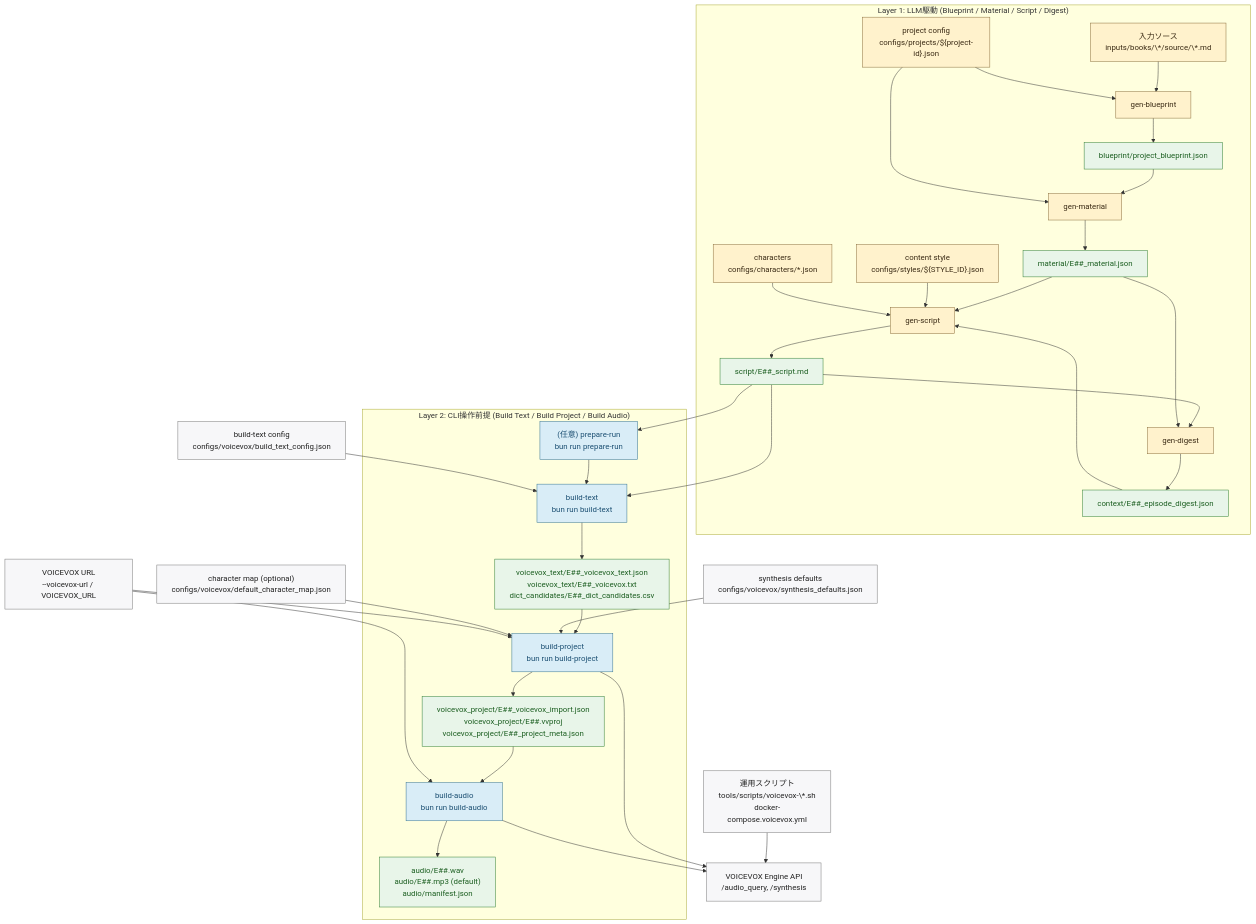
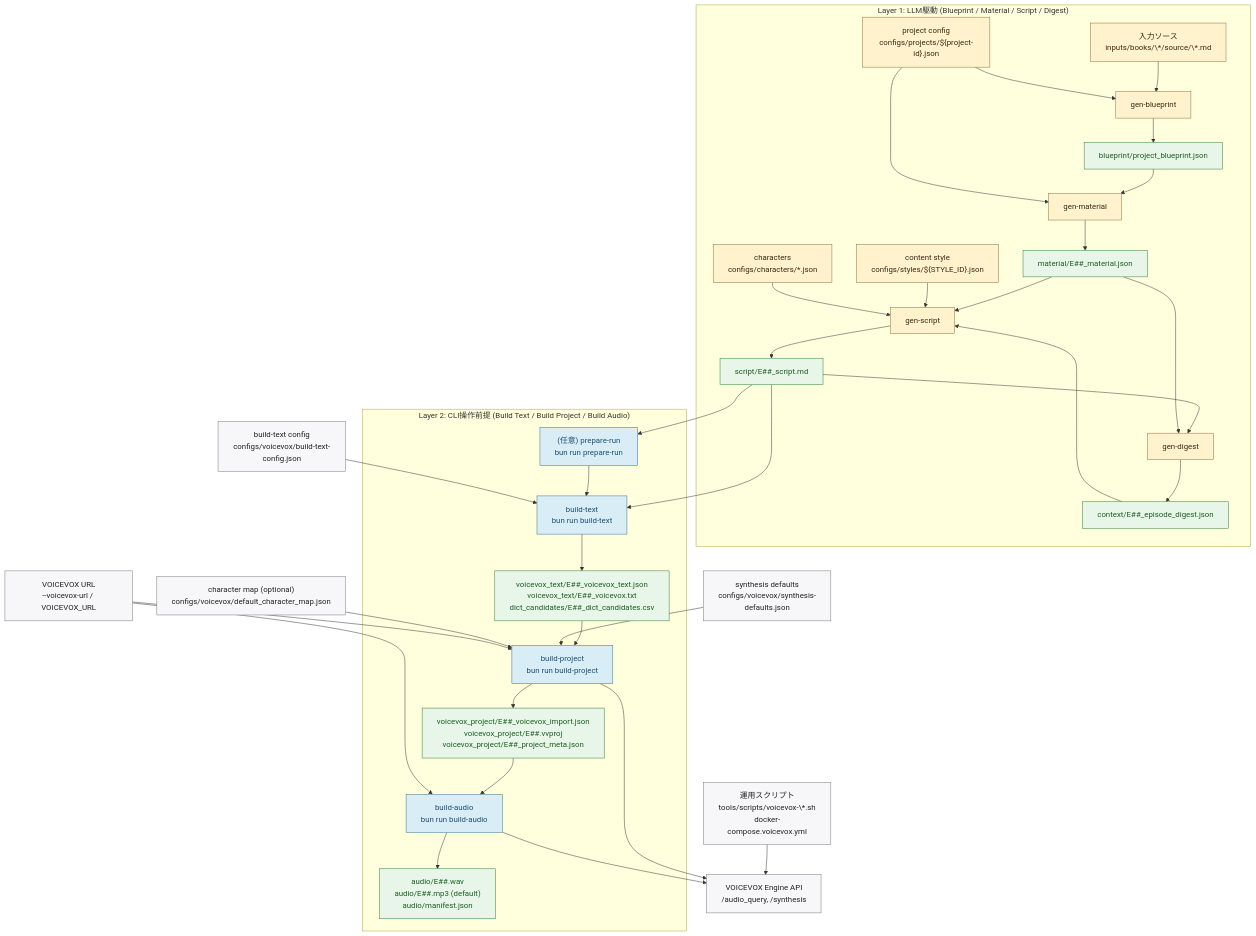
The diagram in docs/architecture/pipeline.md (niroe5tar64/narrative-vox), drawn with Mermaid before and after one commit. The commit also changed other lines of this file and 115 other files, not shown here.

````diff
--- a/docs/architecture/pipeline.md
+++ b/docs/architecture/pipeline.md
@@ -12,74 +12,74 @@
 ```mermaid
 flowchart TB
   subgraph PromptFlow["Layer 1: LLM駆動 (Blueprint / Material / Script / Digest)"]
     S["入力ソース<br/>inputs/books/\*/source/\*.md"]
     PCFG["project config<br/>configs/projects/${project-id}.json"]
     STY["content style<br/>configs/styles/${STYLE_ID}.json"]
     CHR["characters<br/>configs/characters/*.json"]
     P1["gen-blueprint"]
     O1["blueprint/project_blueprint.json"]
     P2["gen-material"]
     O2["material/E##_material.json"]
     P3["gen-script"]
     O3["script/E##_script.md"]
     P4["gen-digest"]
     O4D["context/E##_episode_digest.json"]
     S --> P1
     PCFG --> P1
     P1 --> O1
     O1 --> P2
     PCFG --> P2
     P2 --> O2
     O2 --> P3
     STY --> P3
     CHR --> P3
     O4D --> P3
     P3 --> O3
     O3 --> P4
     O2 --> P4
     P4 --> O4D
   end
 
   subgraph CliFlow["Layer 2: CLI操作前提 (Build Text / Build Project / Build Audio)"]
     C0["(任意) prepare-run<br/>bun run prepare-run"]
     C1["build-text<br/>bun run build-text"]
     C2["build-project<br/>bun run build-project"]
     C3["build-audio<br/>bun run build-audio"]
     O4["voicevox_text/E##_voicevox_text.json<br/>voicevox_text/E##_voicevox.txt<br/>dict_candidates/E##_dict_candidates.csv"]
     O5["voicevox_project/E##_voicevox_import.json<br/>voicevox_project/E##.vvproj<br/>voicevox_project/E##_project_meta.json"]
     O6["audio/E##.wav<br/>audio/E##.mp3 (default)<br/>audio/manifest.json"]
     C0 --> C1
     C1 --> O4
     O4 --> C2
     C2 --> O5
     O5 --> C3
     C3 --> O6
   end
 
-  CFG4["build-text config<br/>configs/voicevox/build_text_config.json"]
-  CFG5P["synthesis defaults<br/>configs/voicevox/synthesis_defaults.json"]
+  CFG4["build-text config<br/>configs/voicevox/build-text-config.json"]
+  CFG5P["synthesis defaults<br/>configs/voicevox/synthesis-defaults.json"]
   CFG5S["character map (optional)<br/>configs/voicevox/default_character_map.json"]
   VXURL["VOICEVOX URL<br/>--voicevox-url / VOICEVOX_URL"]
   VXAPI["VOICEVOX Engine API<br/>/audio_query, /synthesis"]
   VXSCRIPT["運用スクリプト<br/>tools/scripts/voicevox-\*.sh<br/>docker-compose.voicevox.yml"]
 
   O3 --> C0
   O3 --> C1
   CFG4 --> C1
   CFG5P --> C2
   CFG5S --> C2
   VXURL --> C2
   VXURL --> C3
   VXSCRIPT --> VXAPI
   C2 --> VXAPI
   C3 --> VXAPI
 
   classDef prompt fill:#fff2cc,stroke:#8a6d3b,color:#3a2a14;
   classDef cli fill:#d9edf7,stroke:#31708f,color:#1b4f72;
   classDef cfg fill:#f7f7f9,stroke:#777,color:#222;
   classDef out fill:#e8f5e9,stroke:#2e7d32,color:#1b5e20;
   class S,PCFG,STY,CHR,P1,P2,P3,P4 prompt;
   class C0,C1,C2,C3 cli;
   class CFG4,CFG5P,CFG5S,VXURL,VXAPI,VXSCRIPT cfg;
   class O1,O2,O3,O4D,O4,O5,O6 out;
 ```
````
